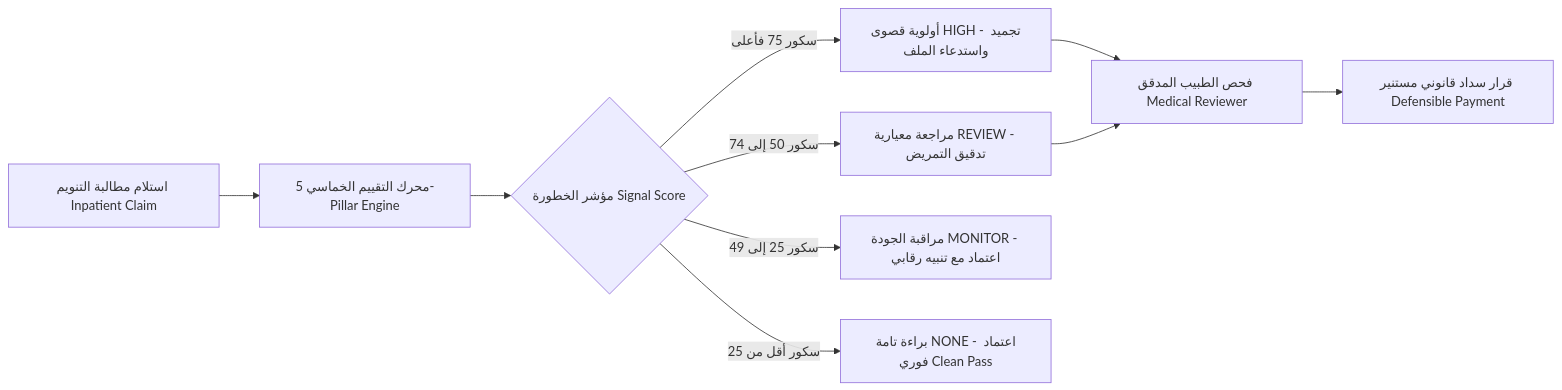
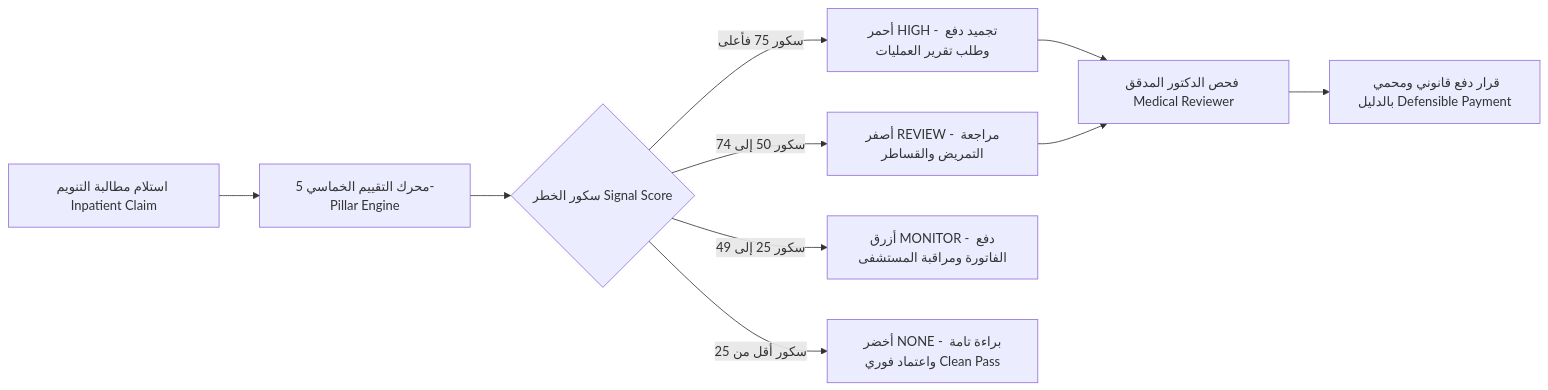
Before and after one commit to asalalhawari/poa-hac-ui: the diagram in HAC_SIGNAL_DEMO_GUIDE_AR.md, drawn with Mermaid. The commit also changed other lines of this file and 1 other file, not shown here.

````diff
--- a/HAC_SIGNAL_DEMO_GUIDE_AR.md
+++ b/HAC_SIGNAL_DEMO_GUIDE_AR.md
@@ -51,11 +51,11 @@
 ```mermaid
 graph LR
     A[استلام مطالبة التنويم Inpatient Claim] --> B[محرك التقييم الخماسي 5-Pillar Engine]
-    B --> C{مؤشر الخطورة Signal Score}
-    C -->|سكور 75 فأعلى| D[أولوية قصوى HIGH - تجميد واستدعاء الملف]
-    C -->|سكور 50 إلى 74| E[مراجعة معيارية REVIEW - تدقيق التمريض]
-    C -->|سكور 25 إلى 49| F[مراقبة الجودة MONITOR - اعتماد مع تنبيه رقابي]
-    C -->|سكور أقل من 25| G[براءة تامة NONE - اعتماد فوري Clean Pass]
-    D & E --> H[فحص الطبيب المدقق Medical Reviewer]
-    H --> I[قرار سداد قانوني مستنير Defensible Payment]
+    B --> C{سكور الخطر Signal Score}
+    C -->|سكور 75 فأعلى| D[أحمر HIGH - تجميد دفع وطلب تقرير العمليات]
+    C -->|سكور 50 إلى 74| E[أصفر REVIEW - مراجعة التمريض والقساطر]
+    C -->|سكور 25 إلى 49| F[أزرق MONITOR - دفع الفاتورة ومراقبة المستشفى]
+    C -->|سكور أقل من 25| G[أخضر NONE - براءة تامة واعتماد فوري Clean Pass]
+    D & E --> H[فحص الدكتور المدقق Medical Reviewer]
+    H --> I[قرار دفع قانوني ومحمي بالدليل Defensible Payment]
 ```
````
